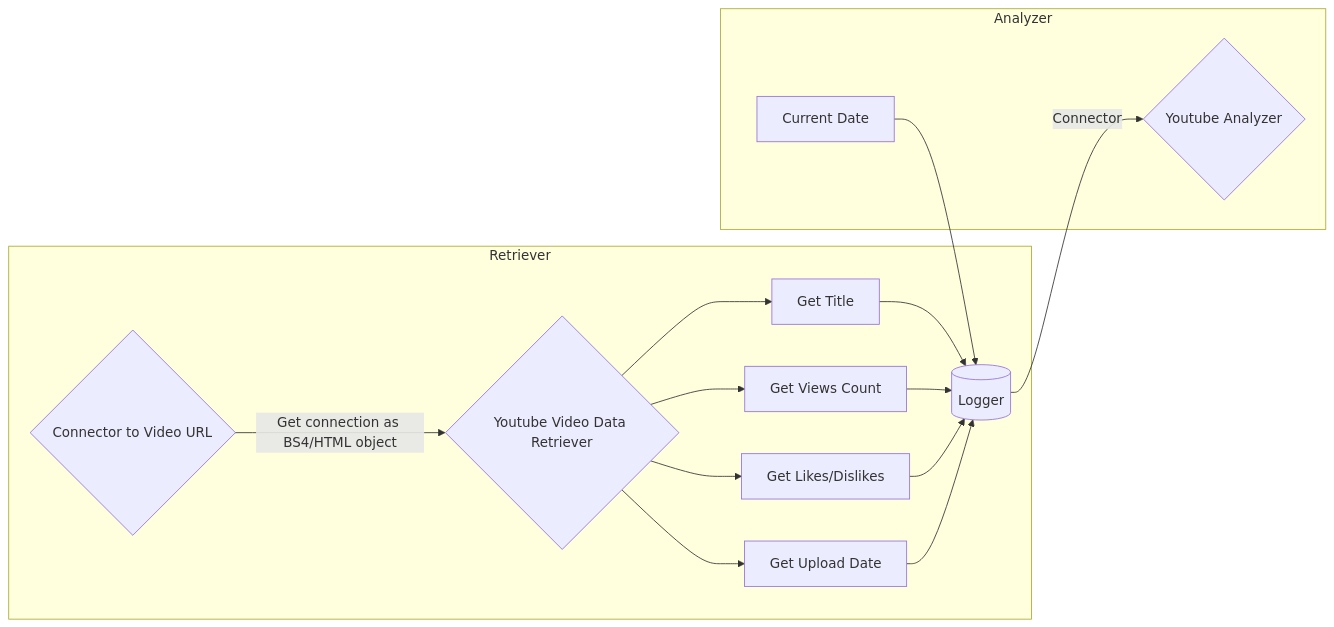
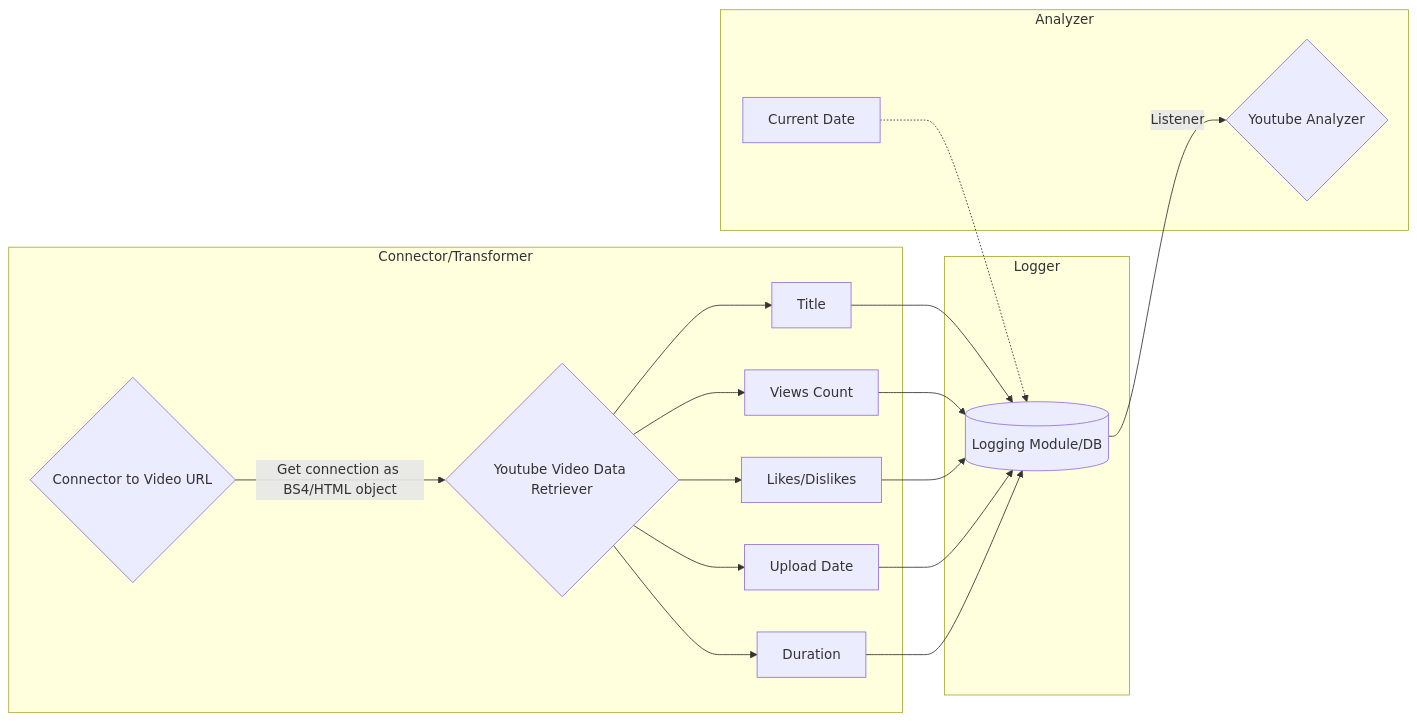
One commit to gpsyrou/Youtube_Virality_Predictor changed the diagram in README.md. Above: the diagram before and after it, drawn with Mermaid.

Commit message:
update project plan/mermaid graph

````diff
--- a/README.md
+++ b/README.md
@@ -2,19 +2,23 @@
 ```mermaid
 graph   LR
-    subgraph Retriever
+    subgraph Connector/Transformer
     A{Connector to Video URL} -->|Get connection as BS4/HTML object| B{Youtube Video Data Retriever}
     
-    B --> D[Get Title]
-    B --> F[Get Views Count]
-    B --> E[Get Likes/Dislikes]
-    B --> G[Get Upload Date]
+    B --> D[Title]
+    B --> F[Views Count]
+    B --> E[Likes/Dislikes]
+    B --> G[Upload Date]
+    B --> H[Duration]
+    end
+    subgraph Logger
     D --> I[(Logger)]
     F --> I[(Logger)]
     E --> I[(Logger)]
-    G --> I[(Logger)]
+    G --> I[(Logger)]  
+    H --> I[(Logger)]  
     end
     subgraph Analyzer
-    J[Current Date] --> I[(Logger)]
-    I[(Logger)] --> |Connector| K{Youtube Analyzer}
+    J[Current Date] -.-> I[(Logger)]
+    I[(Logging Module/DB)] --> |Listener| K{Youtube Analyzer}
     end
 ```
````
